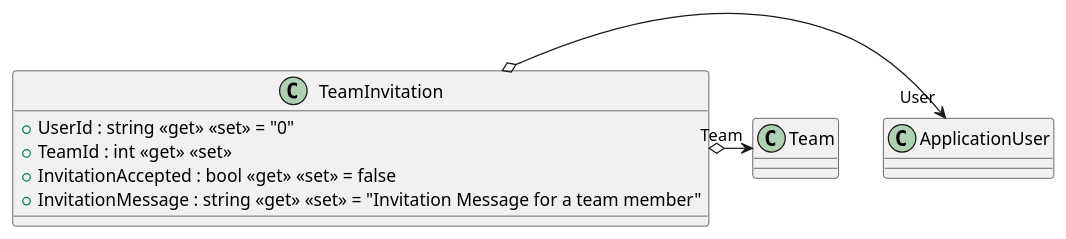
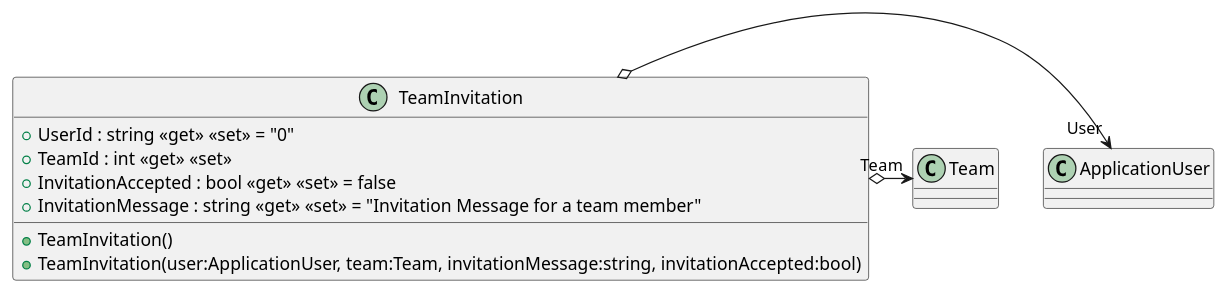
The diagram in src/AppForSEII.API/ClassDiagram/src/AppForSEII.API/Models/TeamInvitation.puml (SEII2627ZeroDay/ISII2627ZeroDay), drawn with PlantUML before and after one commit. The commit also changed 11 other files, not shown here.

Commit message:
fix: add Team and domain model constructors, include InterestedIn in ApplicationUser, and update SeedData to use constructors without TeamInvitation

```diff
--- a/src/AppForSEII.API/ClassDiagram/src/AppForSEII.API/Models/TeamInvitation.puml
+++ b/src/AppForSEII.API/ClassDiagram/src/AppForSEII.API/Models/TeamInvitation.puml
@@ -1,10 +1,12 @@
 @startuml
 class TeamInvitation {
+    + TeamInvitation()
+    + TeamInvitation(user:ApplicationUser, team:Team, invitationMessage:string, invitationAccepted:bool)
     + UserId : string <<get>> <<set>> = "0"
     + TeamId : int <<get>> <<set>>
     + InvitationAccepted : bool <<get>> <<set>> = false
     + InvitationMessage : string <<get>> <<set>> = "Invitation Message for a team member"
 }
 TeamInvitation o-> "User" ApplicationUser
 TeamInvitation o-> "Team" Team
 @enduml
```
